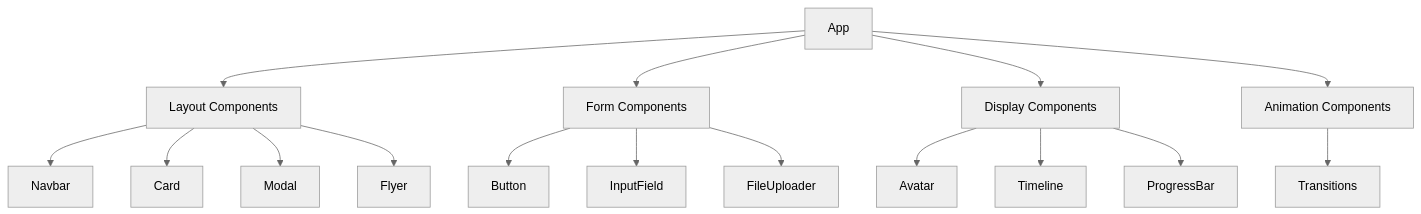
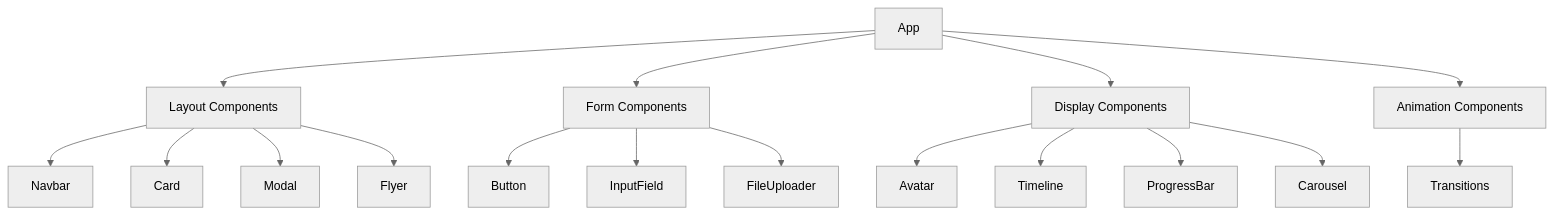
Before and after one commit to AmreetKumarkhuntia/project-vernix: the diagram in memory-bank/systemPatterns.md, drawn with Mermaid (neutral theme). The commit also changed other lines of this file and 17 other files, not shown here.

````diff
--- a/memory-bank/systemPatterns.md
+++ b/memory-bank/systemPatterns.md
@@ -12,22 +12,23 @@
 ```mermaid
 flowchart TD
     App --> Layout[Layout Components]
     App --> Form[Form Components]
     App --> Display[Display Components]
     App --> Animation[Animation Components]
 
     Layout --> Navbar
     Layout --> Card
     Layout --> Modal
     Layout --> Flyer
 
     Form --> Button
     Form --> InputField
     Form --> FileUploader
 
     Display --> Avatar
     Display --> Timeline
     Display --> ProgressBar
+    Display --> Carousel
 
     Animation --> Transitions
 ```
````
